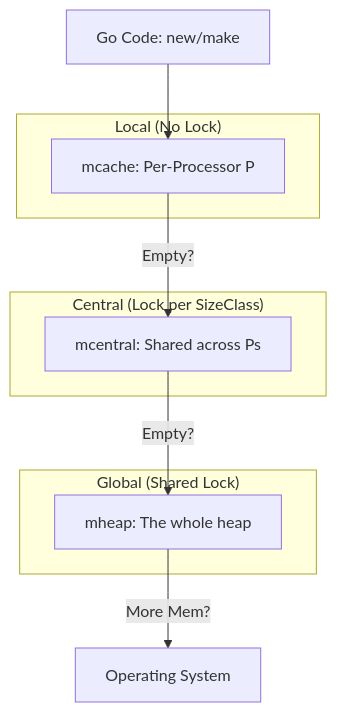
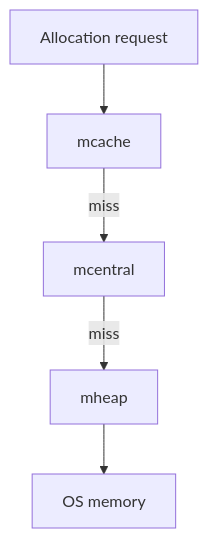
One commit to syahputrawork98-sketch/Golang-Knowledge-Base changed the diagram in RAK-03-evolution/SR-05-internals/BK-01-memory/CH-03-allocator/README.md. Above: the diagram before and after it, drawn with Mermaid. The commit also changed other lines of this file and 61 other files, not shown here.

````diff
--- a/RAK-03-evolution/SR-05-internals/BK-01-memory/CH-03-allocator/README.md
+++ b/RAK-03-evolution/SR-05-internals/BK-01-memory/CH-03-allocator/README.md
@@ -39,19 +35,7 @@
 ```mermaid
 graph TD
-    subgraph "Local (No Lock)"
-    MC[mcache: Per-Processor P]
-    end
-    
-    subgraph "Central (Lock per SizeClass)"
-    MCE[mcentral: Shared across Ps]
-    end
-    
-    subgraph "Global (Shared Lock)"
-    MH[mheap: The whole heap]
-    end
-    
-    App[Go Code: new/make] --> MC
-    MC -- "Empty?" --> MCE
-    MCE -- "Empty?" --> MH
-    MH -- "More Mem?" --> OS[Operating System]
+    Alloc[Allocation request] --> Cache[mcache]
+    Cache -->|miss| Central[mcentral]
+    Central -->|miss| Heap[mheap]
+    Heap --> OS[OS memory]
 ```
````
